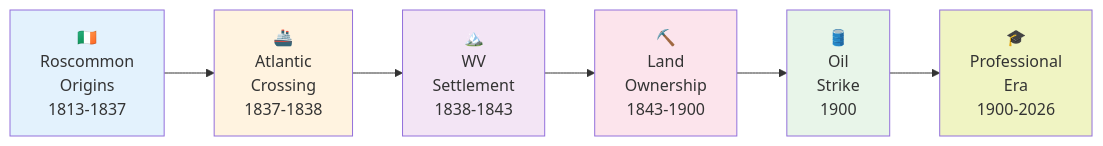
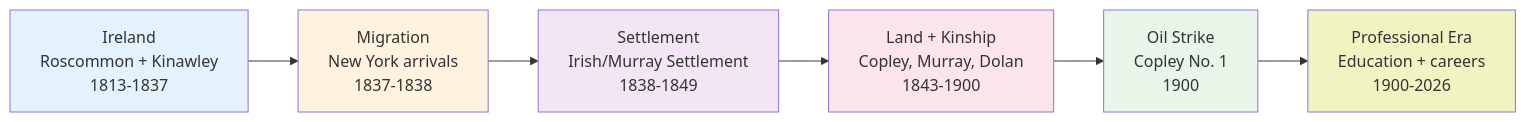
Before and after one commit to zcopley/copley-family-research: the diagram in Home.md, drawn with Mermaid. The commit also changed other lines of this file and 12 other files, not shown here.

````diff
--- a/Home.md
+++ b/Home.md
@@ -24,15 +25,15 @@
 ```mermaid
 graph LR
-    A["🇮🇪<br/>Roscommon<br/>Origins<br/>1813-1837"] --> B["🚢<br/>Atlantic<br/>Crossing<br/>1837-1838"]
-    B --> C["🏔️<br/>WV<br/>Settlement<br/>1838-1843"]
-    C --> D["⛏️<br/>Land<br/>Ownership<br/>1843-1900"]
-    D --> E["🛢️<br/>Oil<br/>Strike<br/>1900"]
-    E --> F["🎓<br/>Professional<br/>Era<br/>1900-2026"]
+    A["Ireland<br/>Roscommon + Kinawley<br/>1813-1837"] --> B["Migration<br/>New York arrivals<br/>1837-1838"]
+    B --> C["Settlement<br/>Irish/Murray Settlement<br/>1838-1849"]
+    C --> D["Land + Kinship<br/>Copley, Murray, Dolan<br/>1843-1900"]
+    D --> E["Oil Strike<br/>Copley No. 1<br/>1900"]
+    E --> F["Professional Era<br/>Education + careers<br/>1900-2026"]
     
     style A fill:#e3f2fd
     style B fill:#fff3e0
     style C fill:#f3e5f5
     style D fill:#fce4ec
     style E fill:#e8f5e9
     style F fill:#f0f4c3
 ```
````
